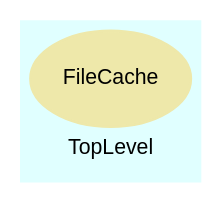
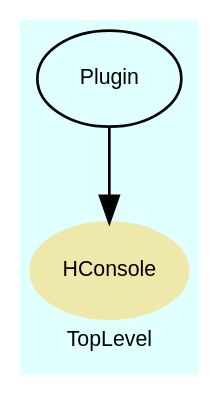
Before and after one commit to rsence/rsence: the diagram in trunk/server/doc/rdoc/dot/f_2.dot, drawn with Graphviz. The commit also changed 130 other files, not shown here.

```diff
--- a/trunk/server/doc/rdoc/dot/f_2.dot
+++ b/trunk/server/doc/rdoc/dot/f_2.dot
@@ -1,22 +1,31 @@
 digraph TopLevel {
     compound = true
     bgcolor = lightcyan1
     fontname = Arial
     fontsize = 8
     label = "TopLevel"
     node [
         fontname = Arial,
         fontsize = 8,
         color = black
     ]
 
-    FileCache [
+    HConsole [
         fontcolor = black,
-        URL = "classes/FileCache.html",
+        URL = "classes/HConsole.html",
         shape = ellipse,
         color = palegoldenrod,
         style = filled,
-        label = "FileCache"
+        label = "HConsole"
+    ]
+
+    Plugin [
+        URL = "classes/Plugin.html",
+        label = "Plugin"
+    ]
+
+    Plugin -> HConsole [
+
     ]
 
 }
```
